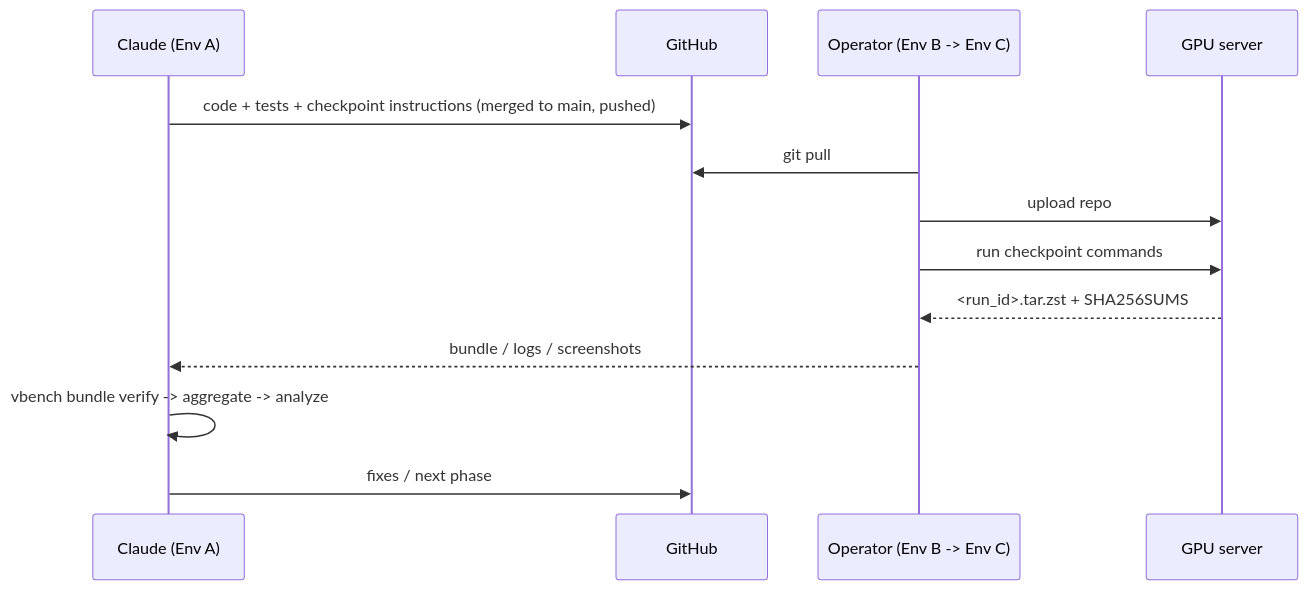
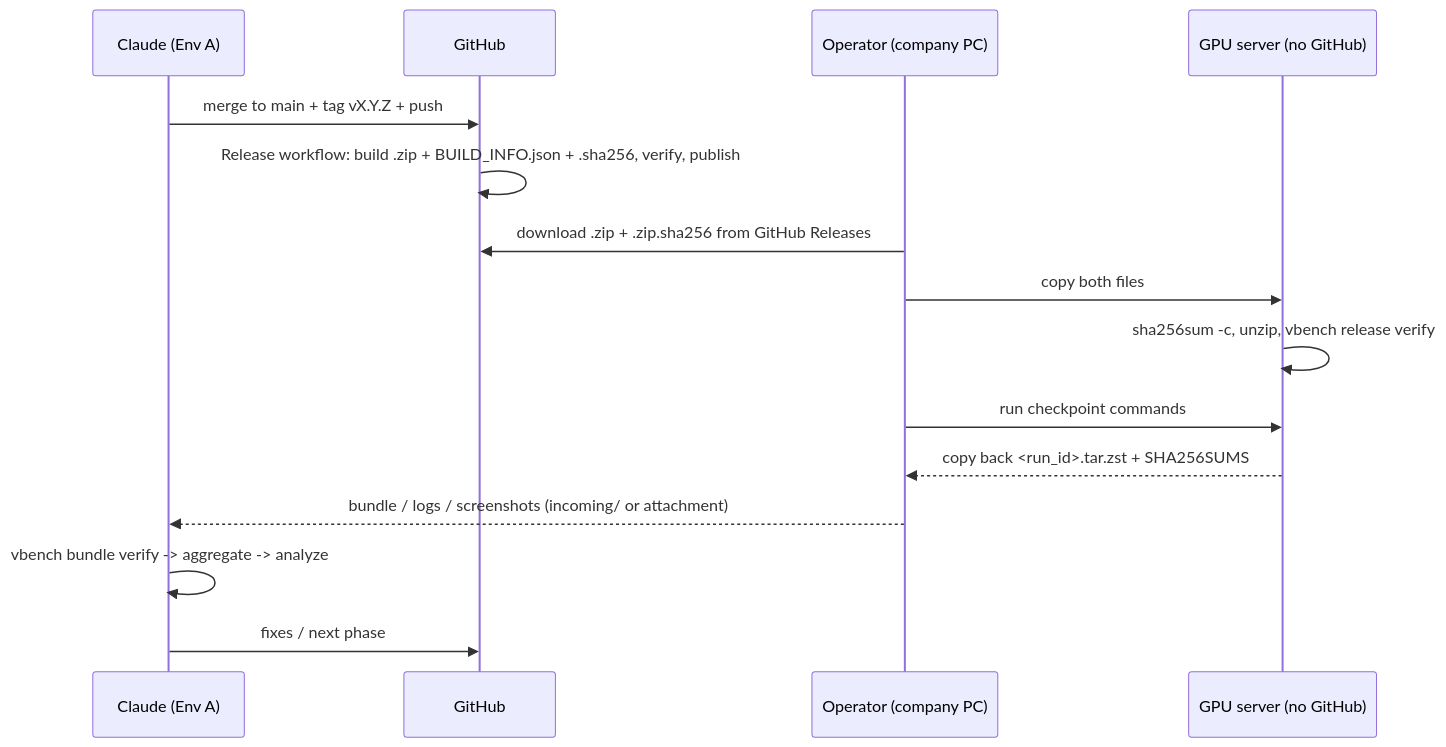
The diagram in docs/IMPLEMENTATION_ROADMAP.md (phivan3008/AI-Call-Center-Benchmark), drawn with Mermaid before and after one commit. The commit also changed other lines of this file and 4 other files, not shown here.

First line of the commit message:
docs: operate the GPU server without GitHub access (offline releases)

````diff
--- a/docs/IMPLEMENTATION_ROADMAP.md
+++ b/docs/IMPLEMENTATION_ROADMAP.md
@@ -28,15 +28,17 @@
 ```mermaid
 sequenceDiagram
     participant C as Claude (Env A)
     participant G as GitHub
-    participant O as Operator (Env B -> Env C)
-    participant S as GPU server
-    C->>G: code + tests + checkpoint instructions (merged to main, pushed)
-    O->>G: git pull
-    O->>S: upload repo
+    participant O as Operator (company PC)
+    participant S as GPU server (no GitHub)
+    C->>G: merge to main + tag vX.Y.Z + push
+    G->>G: Release workflow: build .zip + BUILD_INFO.json + .sha256, verify, publish
+    O->>G: download .zip + .zip.sha256 from GitHub Releases
+    O->>S: copy both files
+    S->>S: sha256sum -c, unzip, vbench release verify
     O->>S: run checkpoint commands
-    S-->>O: <run_id>.tar.zst + SHA256SUMS
-    O-->>C: bundle / logs / screenshots
+    S-->>O: copy back <run_id>.tar.zst + SHA256SUMS
+    O-->>C: bundle / logs / screenshots (incoming/ or attachment)
     C->>C: vbench bundle verify -> aggregate -> analyze
     C->>G: fixes / next phase
 ```
````
